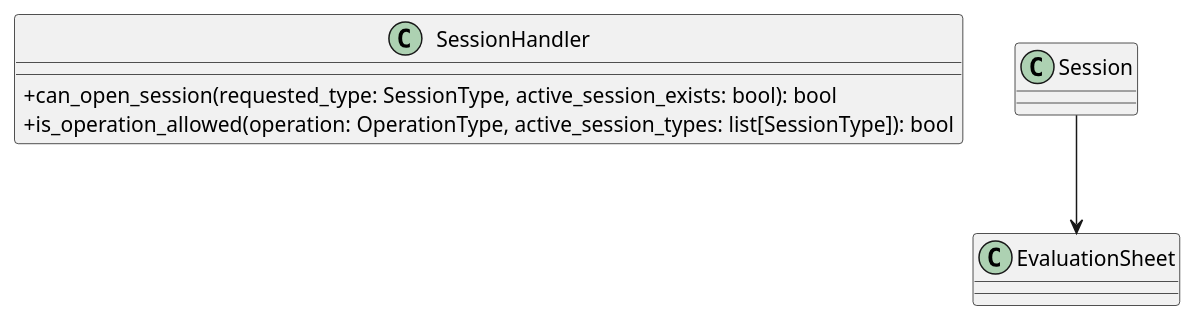
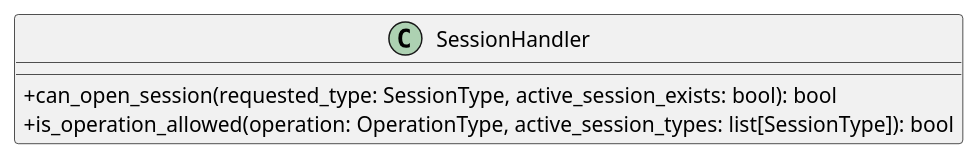
Before and after one commit to GroupRubberDuck/Documentazione: the diagram in src/PB/DocumentazioneEsterna/Specifica_Tecnica/content/uml/puml/Diagrammi_classi/Dominio/SessionHandler.puml, drawn with PlantUML. The commit also changed 2 other files, not shown here.

```diff
--- a/src/PB/DocumentazioneEsterna/Specifica_Tecnica/content/uml/puml/Diagrammi_classi/Dominio/SessionHandler.puml
+++ b/src/PB/DocumentazioneEsterna/Specifica_Tecnica/content/uml/puml/Diagrammi_classi/Dominio/SessionHandler.puml
@@ -1,11 +1,10 @@
 @startuml SessionHandler
 skinparam linetype ortho
 skinparam classAttributeIconSize 0
 
 class SessionHandler {
 + can_open_session(requested_type: SessionType, active_session_exists: bool): bool
 + is_operation_allowed(operation: OperationType, active_session_types: list[SessionType]): bool
 
 }
-Session --> EvaluationSheet
 @enduml
```
